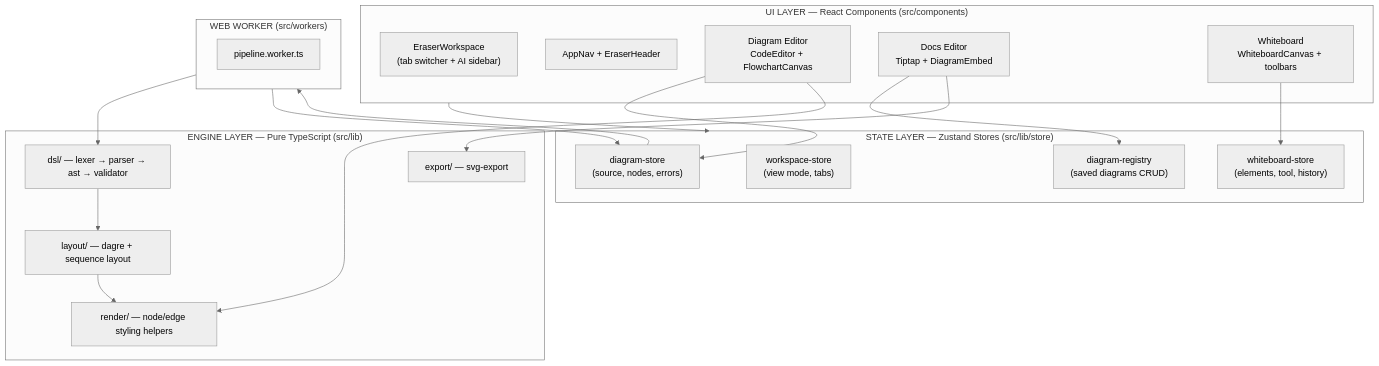
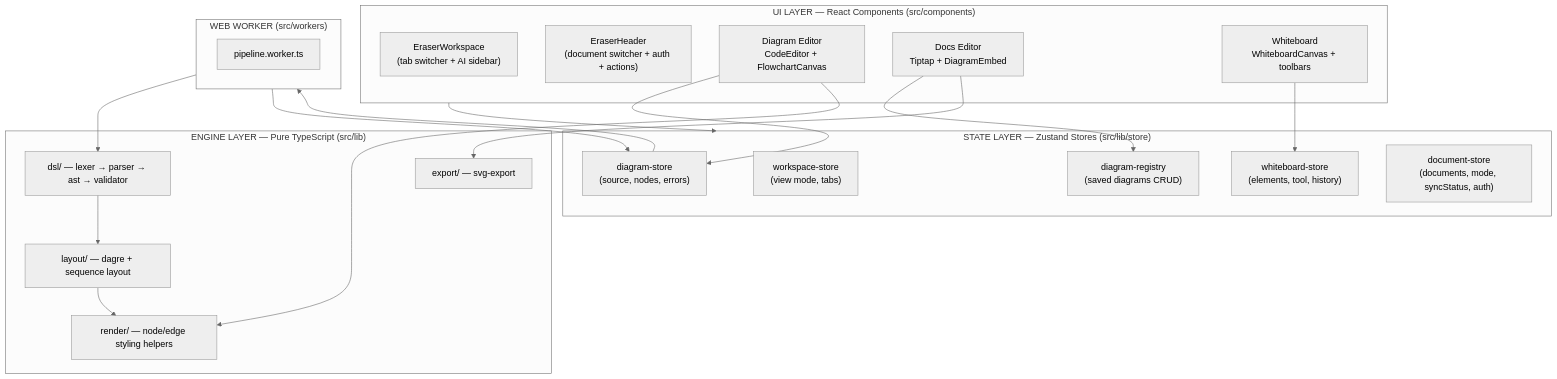
One commit to BhupendraLute/eraserio-clone changed the first of 3 diagrams in Documentation/02-architecture-overview.md. Above: the diagram before and after it, drawn with Mermaid (neutral theme). The commit also changed other lines of this file and 45 other files, not shown here.

````diff
--- a/Documentation/02-architecture-overview.md
+++ b/Documentation/02-architecture-overview.md
@@ -20,40 +20,41 @@
 ```mermaid
 flowchart TB
     subgraph UI["UI LAYER — React Components (src/components)"]
         Shell["EraserWorkspace<br/>(tab switcher + AI sidebar)"]
-        Nav["AppNav + EraserHeader"]
+        Header["EraserHeader<br/>(document switcher + auth + actions)"]
         Editor["Diagram Editor<br/>CodeEditor + FlowchartCanvas"]
         Docs["Docs Editor<br/>Tiptap + DiagramEmbed"]
         WB["Whiteboard<br/>WhiteboardCanvas + toolbars"]
     end
 
     subgraph STATE["STATE LAYER — Zustand Stores (src/lib/store)"]
         WorkspaceS["workspace-store<br/>(view mode, tabs)"]
         DiagramS["diagram-store<br/>(source, nodes, errors)"]
         RegistryS["diagram-registry<br/>(saved diagrams CRUD)"]
         WhiteboardS["whiteboard-store<br/>(elements, tool, history)"]
+        DocumentS["document-store<br/>(documents, mode, syncStatus, auth)"]
     end
 
     subgraph ENGINE["ENGINE LAYER — Pure TypeScript (src/lib)"]
         DSL["dsl/ — lexer → parser → ast → validator"]
         LAYOUT["layout/ — dagre + sequence layout"]
         RENDER["render/ — node/edge styling helpers"]
         EXPORT["export/ — svg-export"]
     end
 
     subgraph WORKER["WEB WORKER (src/workers)"]
         PW["pipeline.worker.ts"]
     end
 
     UI --> STATE
     Editor --> DiagramS
     Docs --> RegistryS
     WB --> WhiteboardS
     DiagramS --> WORKER
     WORKER --> DSL
     DSL --> LAYOUT
     LAYOUT --> RENDER
     WORKER --> DiagramS
     Editor --> RENDER
     Docs --> EXPORT
 ```
````
